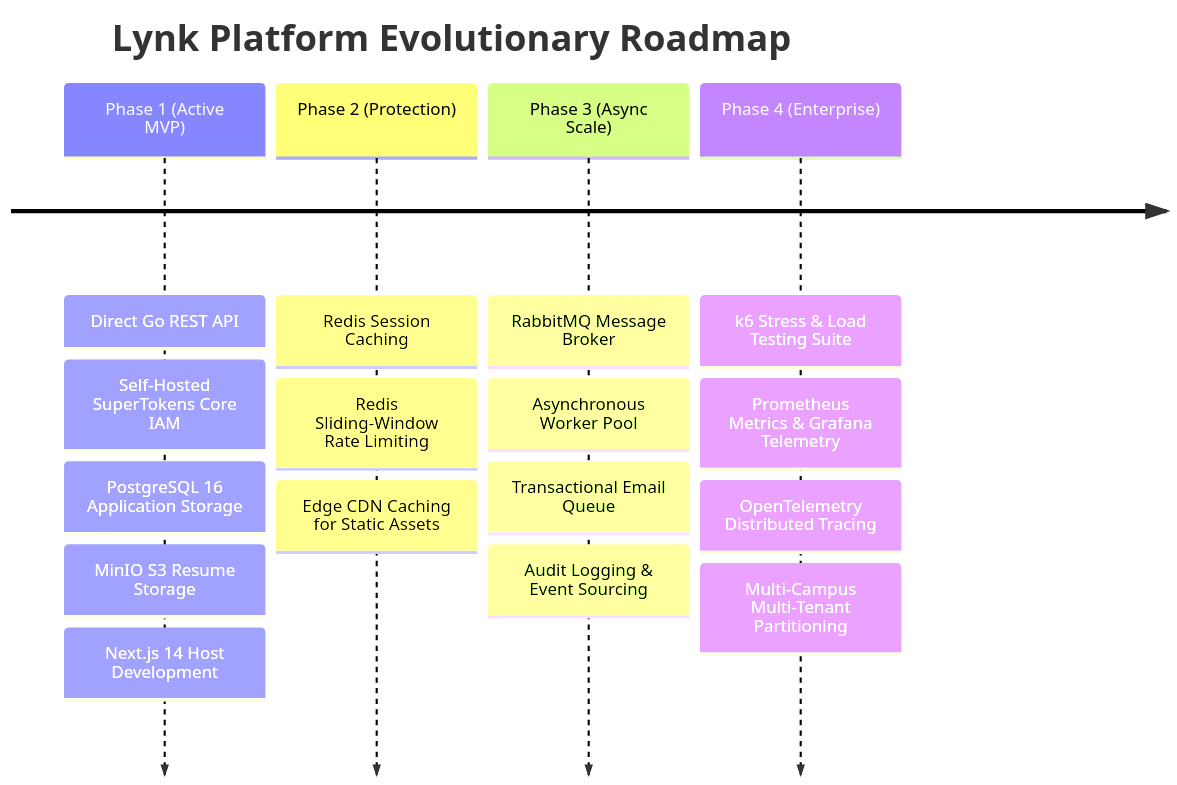
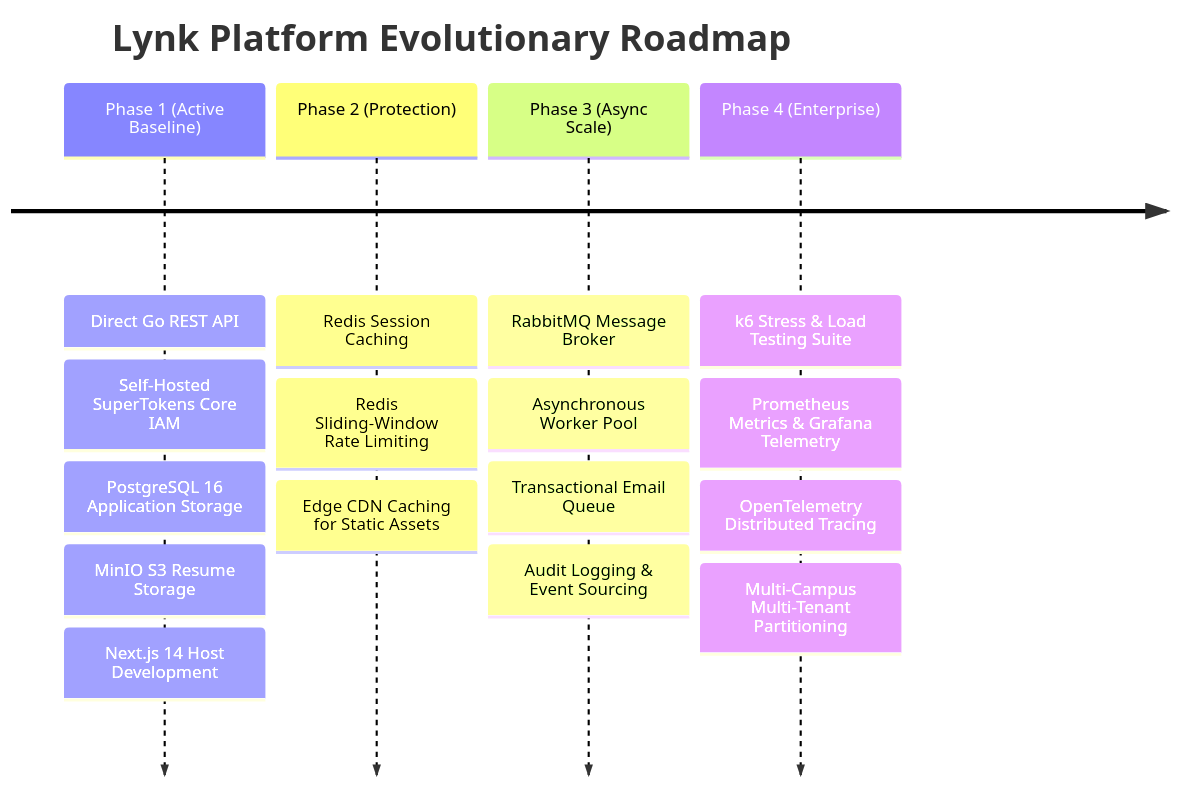
Before and after one commit to BIJJUDAMA/Lynk: the second of 2 diagrams in docs/README.md, drawn with Mermaid. The commit also changed 7 other files, not shown here.

````diff
--- a/docs/README.md
+++ b/docs/README.md
@@ -420,20 +420,20 @@
 ```mermaid
 timeline
     title Lynk Platform Evolutionary Roadmap
-    Phase 1 (Active MVP) : Direct Go REST API
+    Phase 1 (Active Baseline) : Direct Go REST API
                          : Self-Hosted SuperTokens Core IAM
                          : PostgreSQL 16 Application Storage
                          : MinIO S3 Resume Storage
                          : Next.js 14 Host Development
     Phase 2 (Protection) : Redis Session Caching
                          : Redis Sliding-Window Rate Limiting
                          : Edge CDN Caching for Static Assets
     Phase 3 (Async Scale) : RabbitMQ Message Broker
                           : Asynchronous Worker Pool
                           : Transactional Email Queue
                           : Audit Logging & Event Sourcing
     Phase 4 (Enterprise) : k6 Stress & Load Testing Suite
                          : Prometheus Metrics & Grafana Telemetry
                          : OpenTelemetry Distributed Tracing
                          : Multi-Campus Multi-Tenant Partitioning
 ```
````
